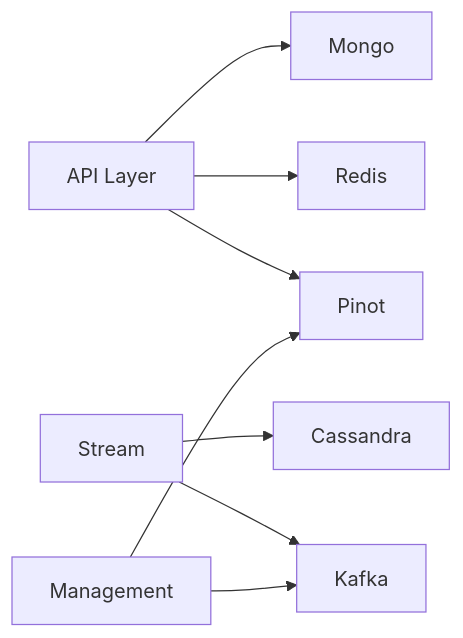
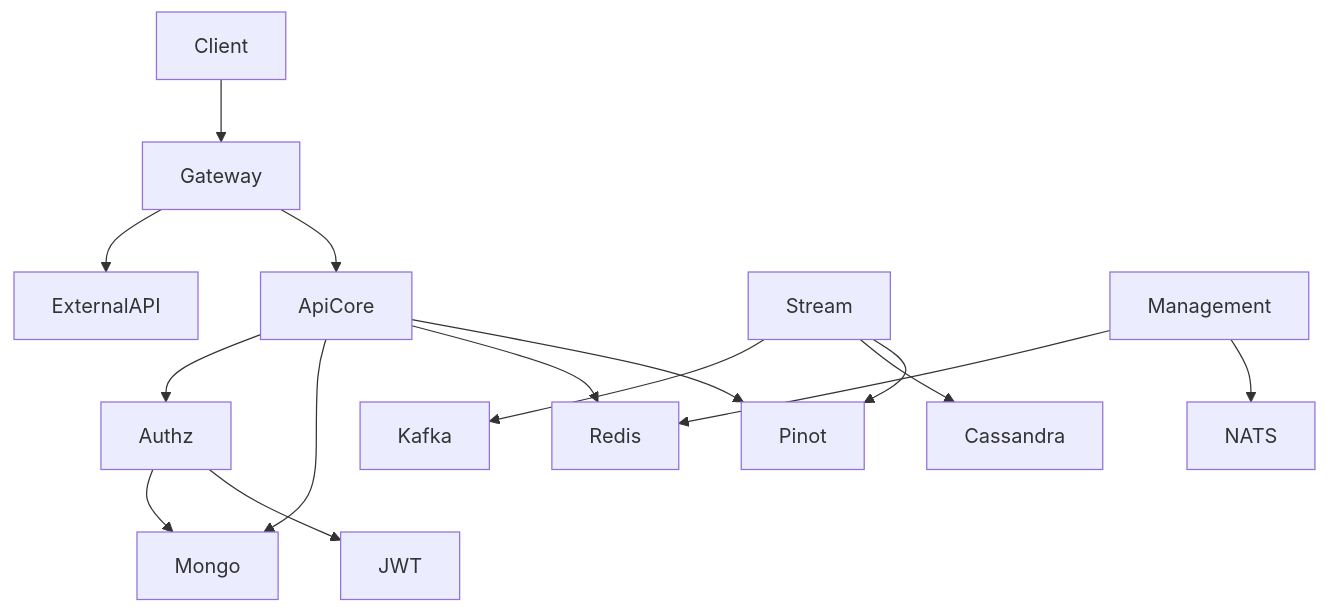
One commit to flamingo-stack/openframe-oss-lib changed the eighth of 8 diagrams in docs/reference/architecture/README.md. Above: the diagram before and after it, drawn with Mermaid. The commit also changed other lines of this file and 1819 other files, not shown here.

````diff
--- a/docs/reference/architecture/README.md
+++ b/docs/reference/architecture/README.md
@@ -232,12 +376,21 @@
 ```mermaid
-flowchart LR
-    Api["API Layer"] --> Mongo
-    Api --> Redis
-    Api --> Pinot
+flowchart TD
+    Client --> Gateway
+    Gateway --> ExternalAPI
+    Gateway --> ApiCore
 
+    ApiCore --> Authz
+    ApiCore --> Mongo
+    ApiCore --> Redis
+    ApiCore --> Pinot
+
+    Authz --> Mongo
+    Authz --> JWT
+
+    Stream --> Kafka
     Stream --> Cassandra
-    Stream --> Kafka
+    Stream --> Pinot
 
-    Management --> Pinot
-    Management --> Kafka
+    Management --> Redis
+    Management --> NATS
 ```
````
